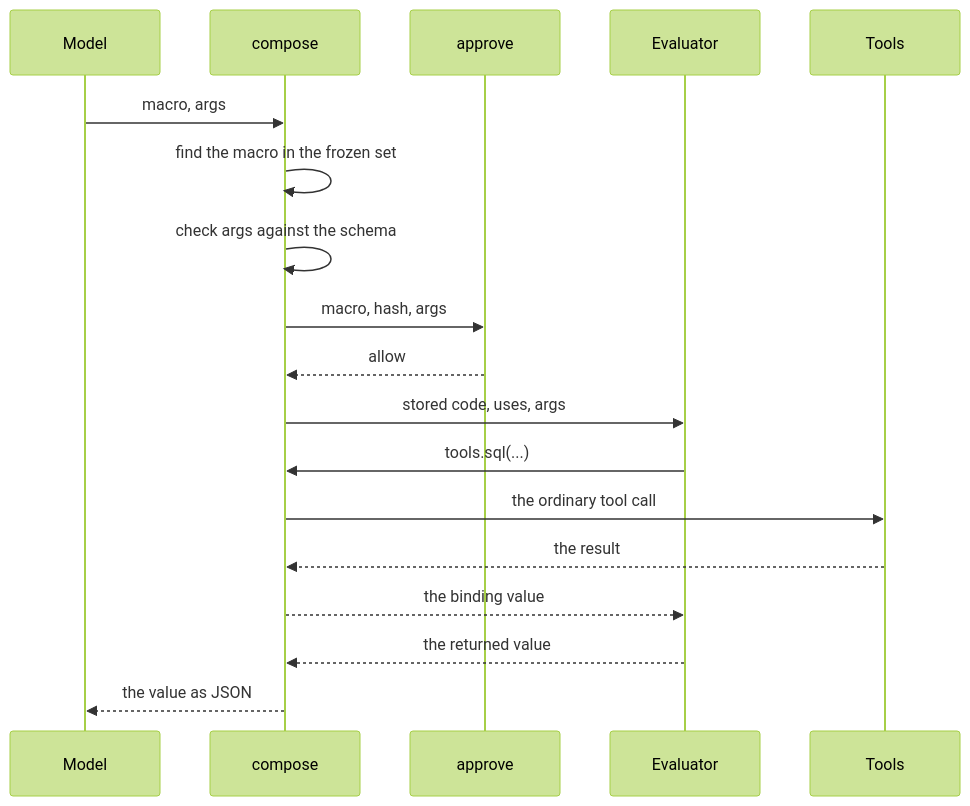
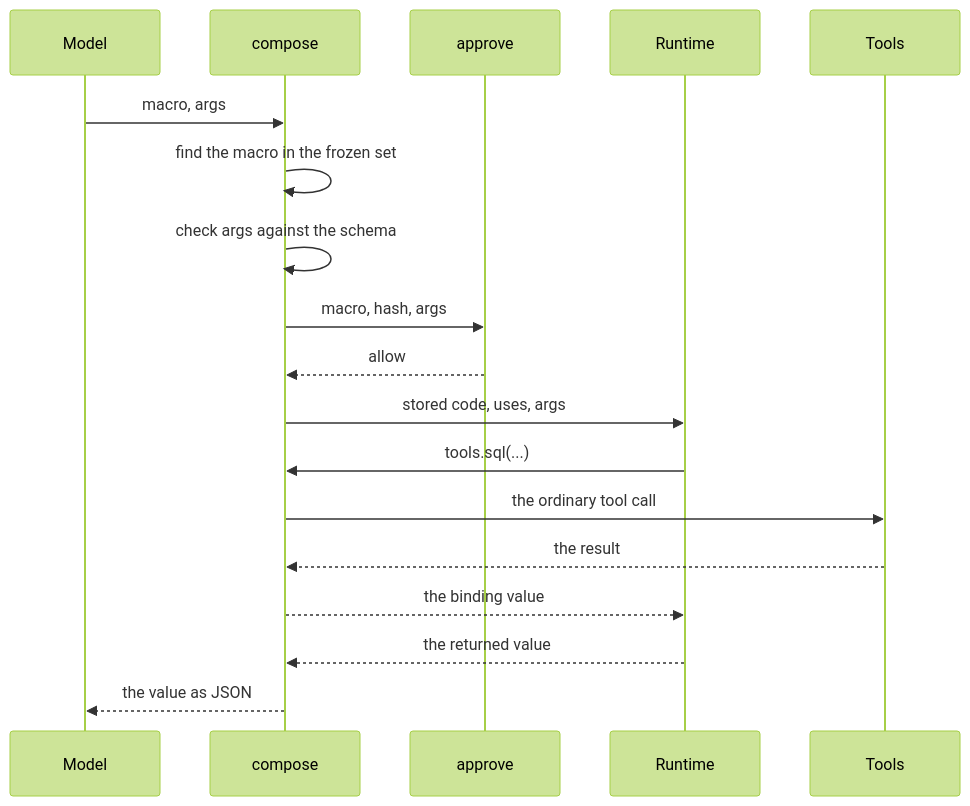
Before and after one commit to ambionframework/ambion: the diagram in docs/macros.md, drawn with Mermaid (forest theme). The commit also changed other lines of this file and 50 other files, not shown here.

First line of the commit message:
Rename the compose evaluator to the compose runtime (#530)

````diff
--- a/docs/macros.md
+++ b/docs/macros.md
@@ -206,20 +206,20 @@
 ```mermaid
 sequenceDiagram
   participant M as Model
   participant C as compose
   participant A as approve
-  participant E as Evaluator
+  participant E as Runtime
   participant T as Tools
   M->>C: macro, args
   C->>C: find the macro in the frozen set
   C->>C: check args against the schema
   C->>A: macro, hash, args
   A-->>C: allow
   C->>E: stored code, uses, args
   E->>C: tools.sql(...)
   C->>T: the ordinary tool call
   T-->>C: the result
   C-->>E: the binding value
   E-->>C: the returned value
   C-->>M: the value as JSON
 ```
````
